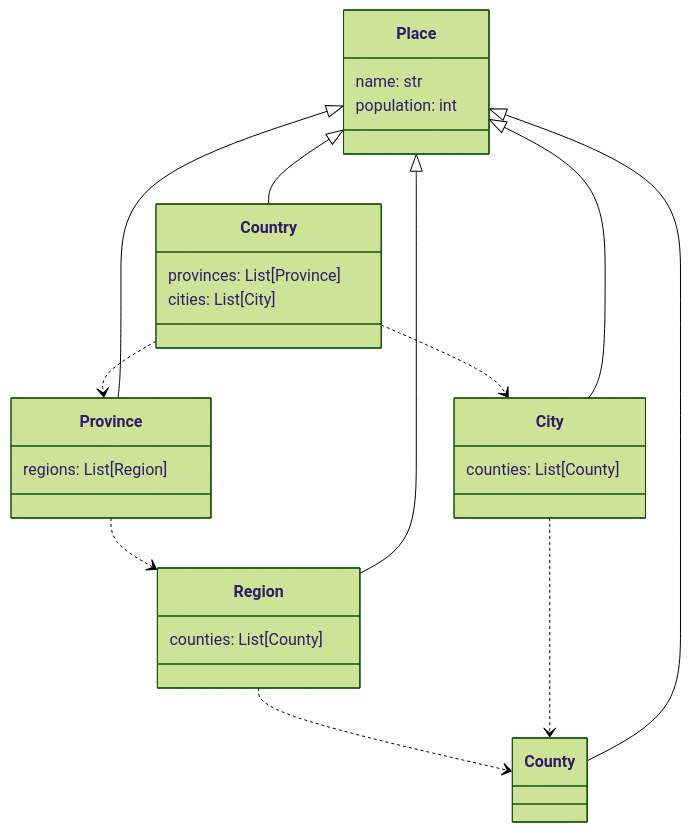
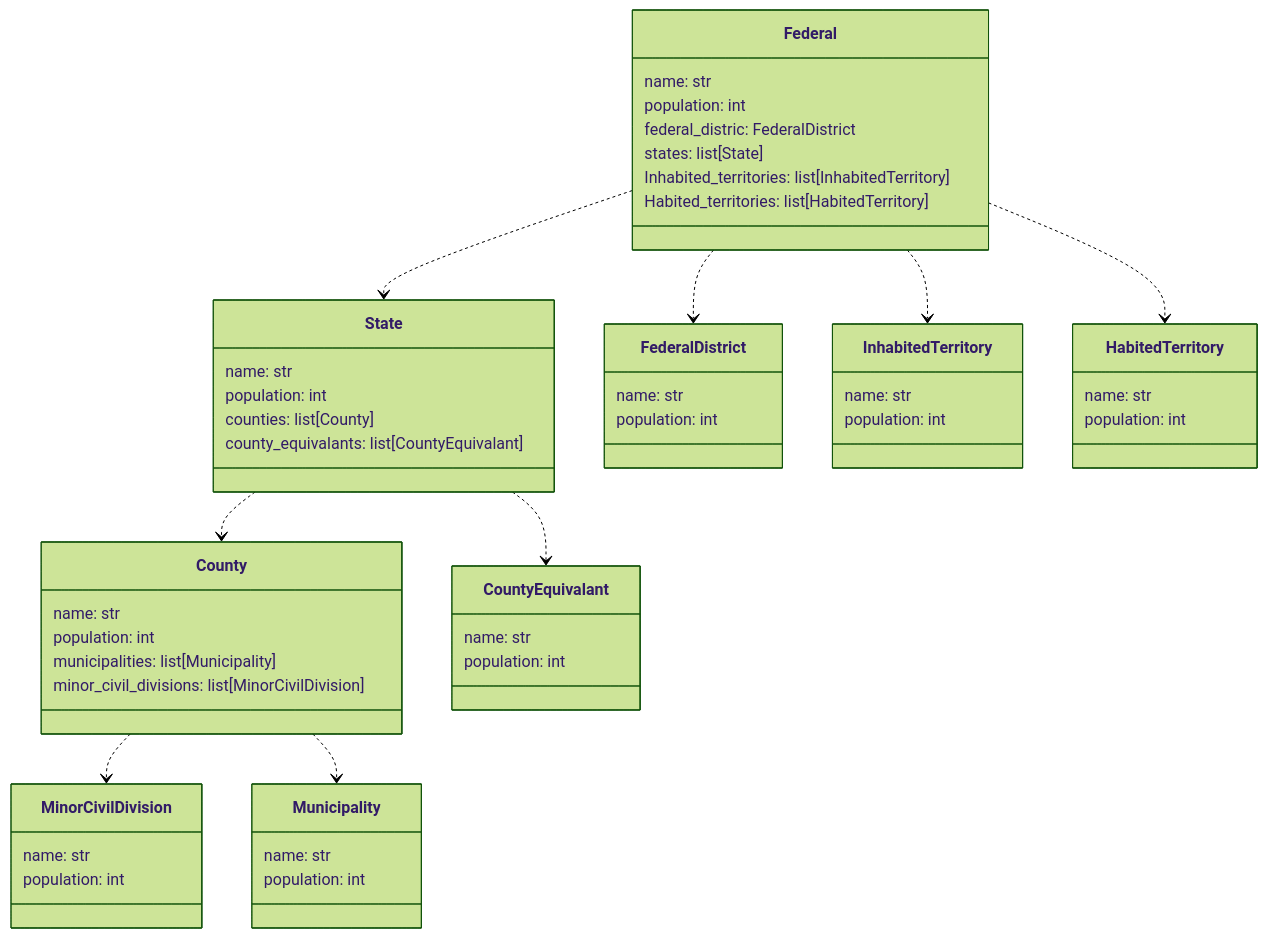
Before and after one commit to EricWebsmith/pydantic_mermaid: the second of 2 diagrams in README.md, drawn with Mermaid (forest theme). The commit also changed other lines of this file and 19 other files, not shown here.

````diff
--- a/README.md
+++ b/README.md
@@ -111,40 +113,66 @@
 ```mermaid
 classDiagram
-    class Place {
+    class Municipality {
+        name: str
+        population: int
+    }
+
+    class MinorCivilDivision {
         name: str
         population: int
     }
 
     class County {
+        name: str
+        population: int
+        municipalities: list[Municipality]
+        minor_civil_divisions: list[MinorCivilDivision]
     }
 
-    class Region {
-        counties: List[County]
+    class CountyEquivalant {
+        name: str
+        population: int
     }
 
-    class Province {
-        regions: List[Region]
+    class State {
+        name: str
+        population: int
+        counties: list[County]
+        county_equivalants: list[CountyEquivalant]
     }
 
-    class City {
-        counties: List[County]
+    class FederalDistrict {
+        name: str
+        population: int
     }
 
-    class Country {
-        provinces: List[Province]
-        cities: List[City]
+    class InhabitedTerritory {
+        name: str
+        population: int
+    }
+
+    class HabitedTerritory {
+        name: str
+        population: int
+    }
+
+    class Federal {
+        name: str
+        population: int
+        federal_distric: FederalDistrict
+        states: list[State]
+        Inhabited_territories: list[InhabitedTerritory]
+        Habited_territories: list[HabitedTerritory]
     }
 
 
-    Region ..> County
-    Province ..> Region
-    City ..> County
-    Country ..> Province
-    Country ..> City
+    County ..> MinorCivilDivision
+    County ..> Municipality
+    State ..> CountyEquivalant
+    State ..> County
+    Federal ..> InhabitedTerritory
+    Federal ..> HabitedTerritory
+    Federal ..> State
+    Federal ..> FederalDistrict
 
-    Place <|-- City
-    Place <|-- County
-    Place <|-- Country
-    Place <|-- Province
-    Place <|-- Region
 ```
````
